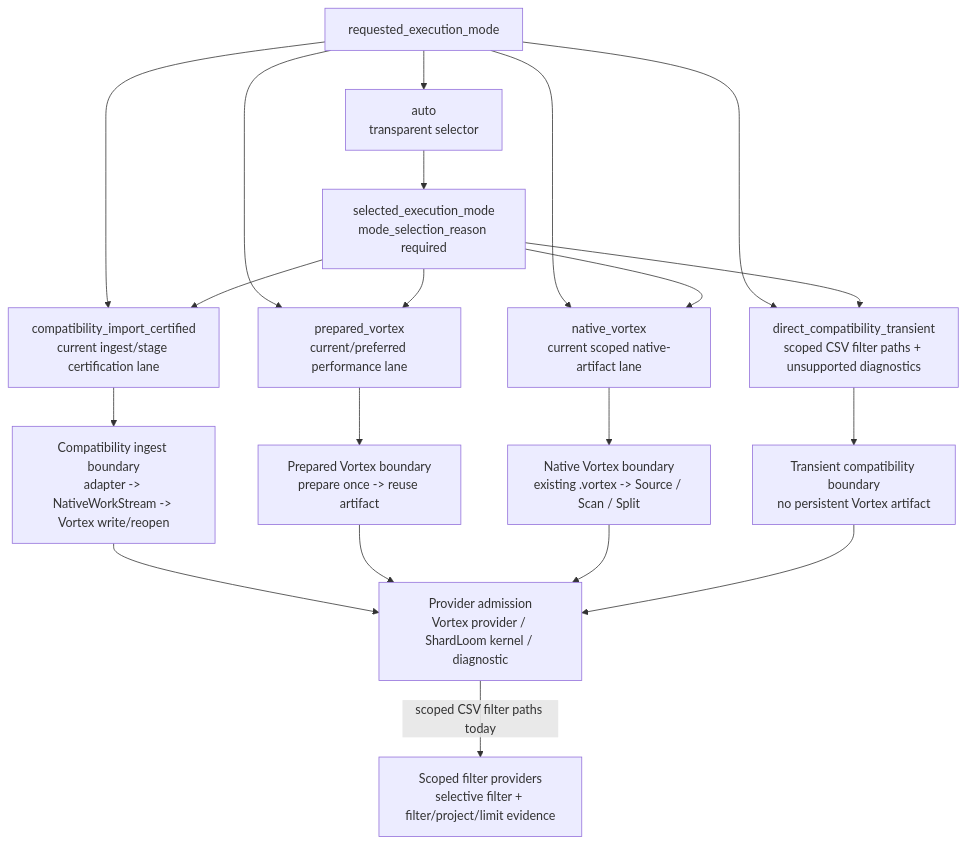
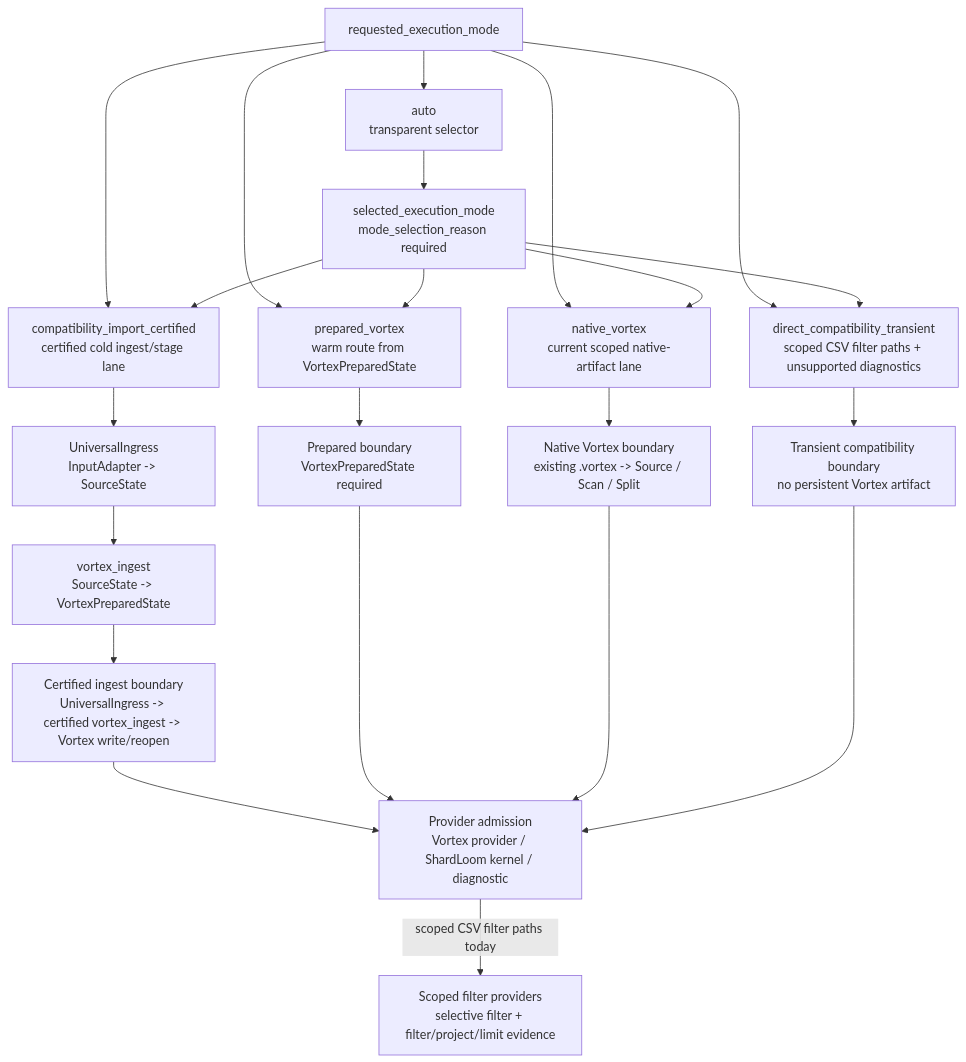
Before and after one commit to depsilon/shardloom: the fourth of 8 diagrams in website/assets/data/compute-engine-flow-reference.md, drawn with Mermaid. The commit also changed other lines of this file and 39 other files, not shown here.

Commit message:
Clarify UniversalIngress prepared route contract (#812)

````diff
--- a/website/assets/data/compute-engine-flow-reference.md
+++ b/website/assets/data/compute-engine-flow-reference.md
@@ -368,35 +450,37 @@
 ```mermaid
 flowchart TD
     REQUESTED["requested_execution_mode"]
     AUTO["auto<br/>transparent selector"]
     SELECTED["selected_execution_mode<br/>mode_selection_reason required"]
 
-    COMPAT["compatibility_import_certified<br/>current ingest/stage certification lane"]
-    PREPARED["prepared_vortex<br/>current/preferred performance lane"]
+    COMPAT["compatibility_import_certified<br/>certified cold ingest/stage lane"]
+    PREPARED["prepared_vortex<br/>warm route from VortexPreparedState"]
     NATIVE["native_vortex<br/>current scoped native-artifact lane"]
     DIRECT["direct_compatibility_transient<br/>scoped CSV filter paths + unsupported diagnostics"]
 
-    COMPAT_BOUNDARY["Compatibility ingest boundary<br/>adapter -> NativeWorkStream -> Vortex write/reopen"]
-    PREPARED_BOUNDARY["Prepared Vortex boundary<br/>prepare once -> reuse artifact"]
+    UNIVERSAL_INGRESS["UniversalIngress<br/>InputAdapter -> SourceState"]
+    VORTEX_INGEST["vortex_ingest<br/>SourceState -> VortexPreparedState"]
+    COMPAT_BOUNDARY["Certified ingest boundary<br/>UniversalIngress -> certified vortex_ingest -> Vortex write/reopen"]
+    PREPARED_BOUNDARY["Prepared boundary<br/>VortexPreparedState required"]
     NATIVE_BOUNDARY["Native Vortex boundary<br/>existing .vortex -> Source / Scan / Split"]
     DIRECT_BOUNDARY["Transient compatibility boundary<br/>no persistent Vortex artifact"]
 
     PROVIDER["Provider admission<br/>Vortex provider / ShardLoom kernel / diagnostic"]
     SELECTIVE_BLOCKER["Scoped filter providers<br/>selective filter + filter/project/limit evidence"]
 
     REQUESTED --> AUTO --> SELECTED
     REQUESTED --> COMPAT
     REQUESTED --> PREPARED
     REQUESTED --> NATIVE
     REQUESTED --> DIRECT
     SELECTED --> COMPAT
     SELECTED --> PREPARED
     SELECTED --> NATIVE
     SELECTED --> DIRECT
 
-    COMPAT --> COMPAT_BOUNDARY --> PROVIDER
+    COMPAT --> UNIVERSAL_INGRESS --> VORTEX_INGEST --> COMPAT_BOUNDARY --> PROVIDER
     PREPARED --> PREPARED_BOUNDARY --> PROVIDER
     NATIVE --> NATIVE_BOUNDARY --> PROVIDER
     DIRECT --> DIRECT_BOUNDARY --> PROVIDER
     PROVIDER -->|"scoped CSV filter paths today"| SELECTIVE_BLOCKER
 ```
````
